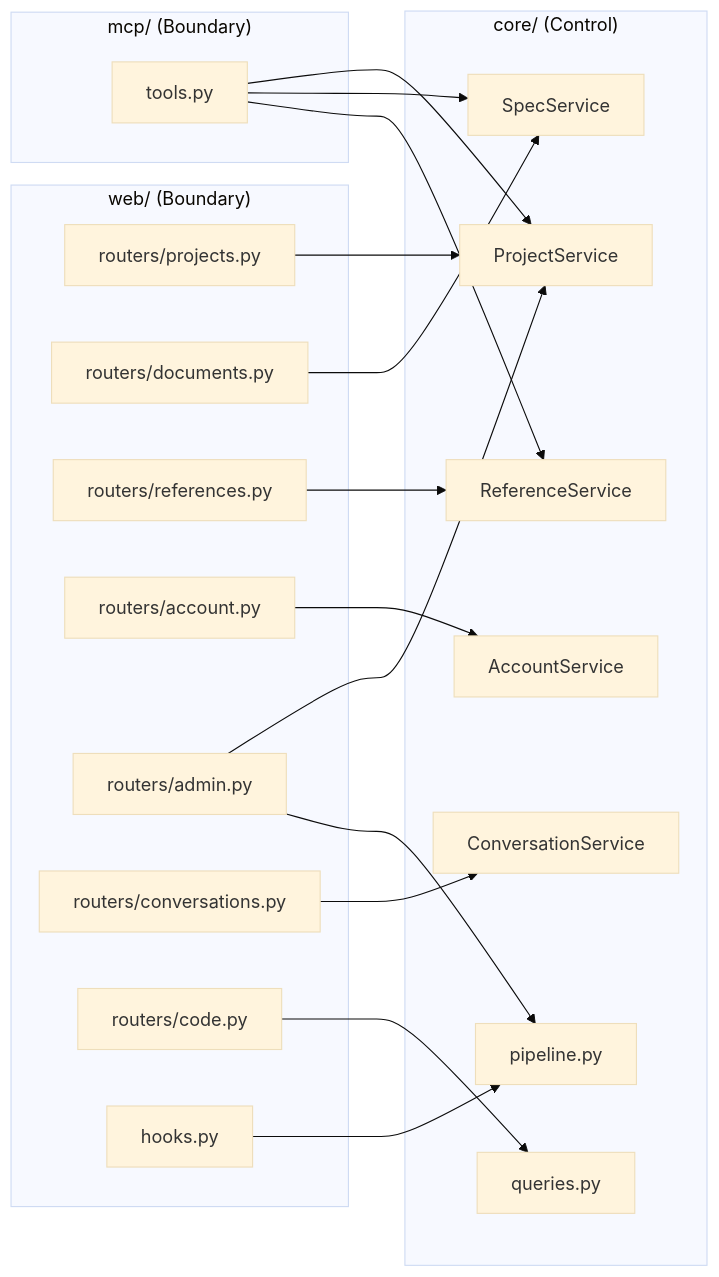
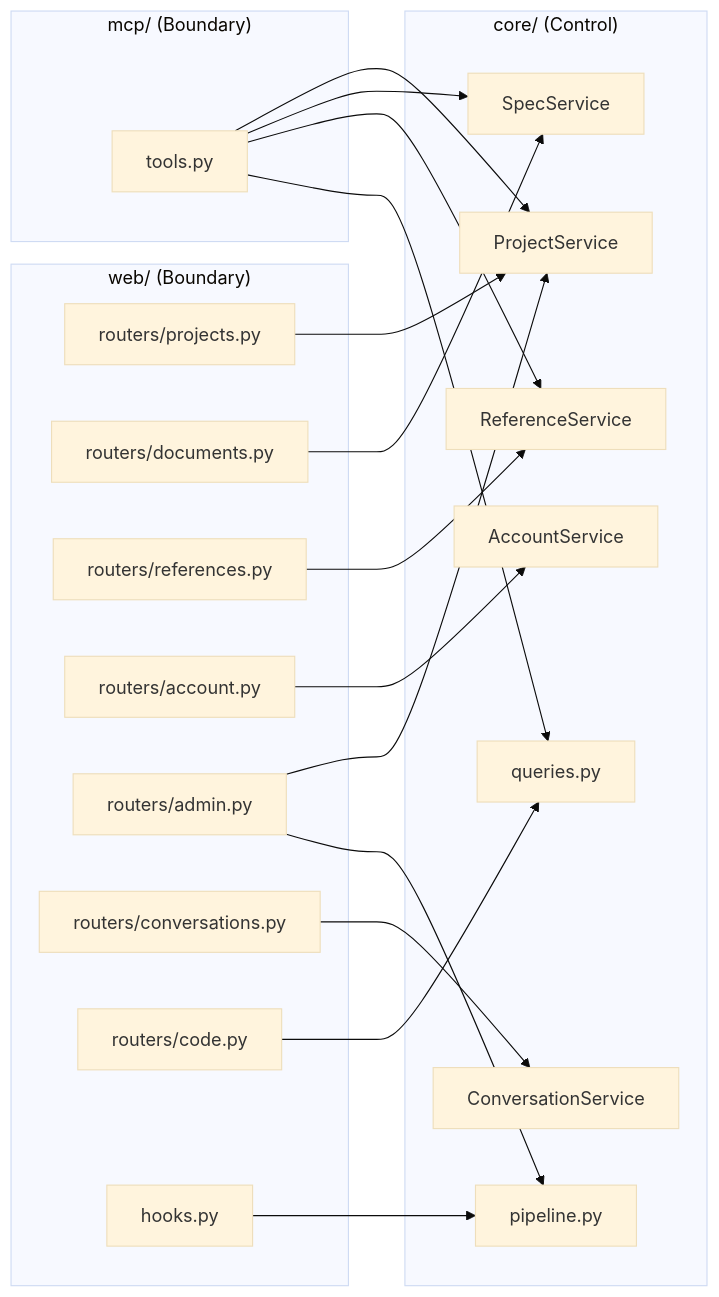
Diagram 15 of 22 in docs/specs/06-DOM/SYNC-DOM-002.md (HoyoungParkme/syncdoc), drawn with Mermaid (base theme) before and after one commit. The commit also changed other lines of this file, not shown here.

````diff
--- a/docs/specs/06-DOM/SYNC-DOM-002.md
+++ b/docs/specs/06-DOM/SYNC-DOM-002.md
@@ -565,37 +565,38 @@
 ```mermaid
 flowchart LR
     subgraph web["web/ (Boundary)"]
         rp[routers/projects.py]
         rd[routers/documents.py]
         rr[routers/references.py]
         ra[routers/account.py]
         rad[routers/admin.py]
         rc[routers/conversations.py]
         rcg[routers/code.py]
         hk[hooks.py]
     end
     subgraph mcp["mcp/ (Boundary)"]
         mt[tools.py]
     end
     subgraph core["core/ (Control)"]
         PS[ProjectService]
         SS[SpecService]
         RS[ReferenceService]
         AS[AccountService]
         CS[ConversationService]
         PL[pipeline.py]
         QRB[queries.py]
     end
     rp --> PS
     rd --> SS
     rr --> RS
     ra --> AS
     rad --> PS
     rad --> PL
     rc --> CS
     rcg --> QRB
     hk --> PL
     mt --> PS
     mt --> SS
     mt --> RS
+    mt --> QRB
 ```
````
